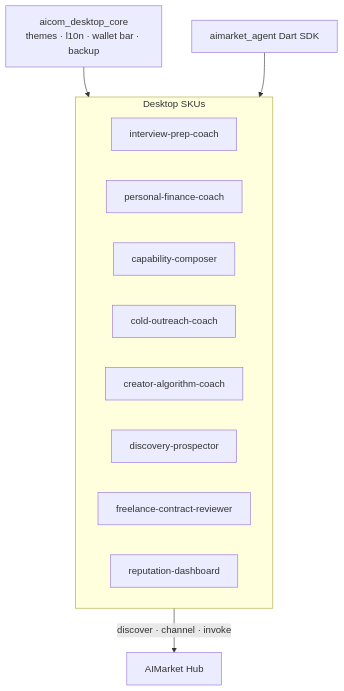
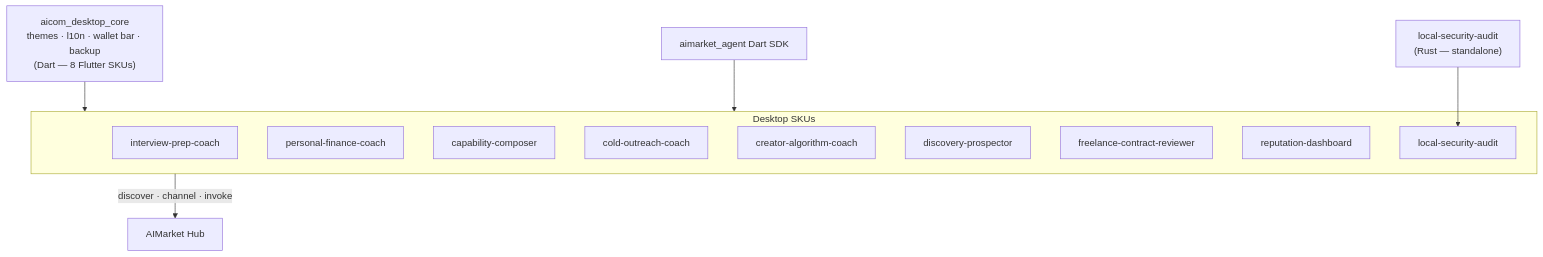
One commit to alexar76/aicom changed the fifth of 6 diagrams in docs/ecosystem-architecture.md. Above: the diagram before and after it, drawn with Mermaid. The commit also changed other lines of this file and 40 other files, not shown here.

````diff
--- a/docs/ecosystem-architecture.md
+++ b/docs/ecosystem-architecture.md
@@ -180,22 +180,25 @@
 ```mermaid
 flowchart TB
-  CORE["aicom_desktop_core<br/>themes · l10n · wallet bar · backup"]
+  CORE["aicom_desktop_core<br/>themes · l10n · wallet bar · backup<br/>(Dart — 8 Flutter SKUs)"]
+  RUST["local-security-audit<br/>(Rust — standalone)"]
   SDK["aimarket_agent Dart SDK"]
 
   subgraph apps["Desktop SKUs"]
     A1["interview-prep-coach"]
     A2["personal-finance-coach"]
     A3["capability-composer"]
     A4["cold-outreach-coach"]
     A5["creator-algorithm-coach"]
     A6["discovery-prospector"]
     A7["freelance-contract-reviewer"]
     A8["reputation-dashboard"]
+    A9["local-security-audit"]
   end
 
   HUB["AIMarket Hub"]
 
   CORE --> apps
   SDK --> apps
+  RUST --> A9
   apps -->|"discover · channel · invoke"| HUB
 ```
````
